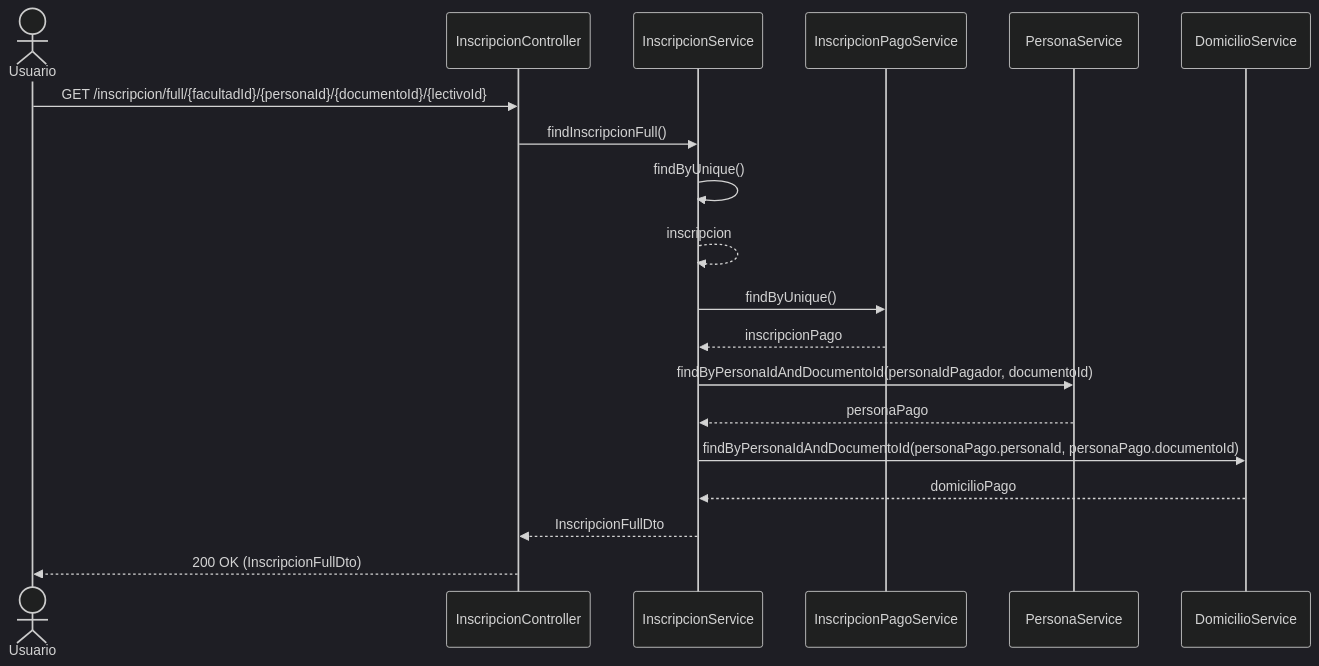
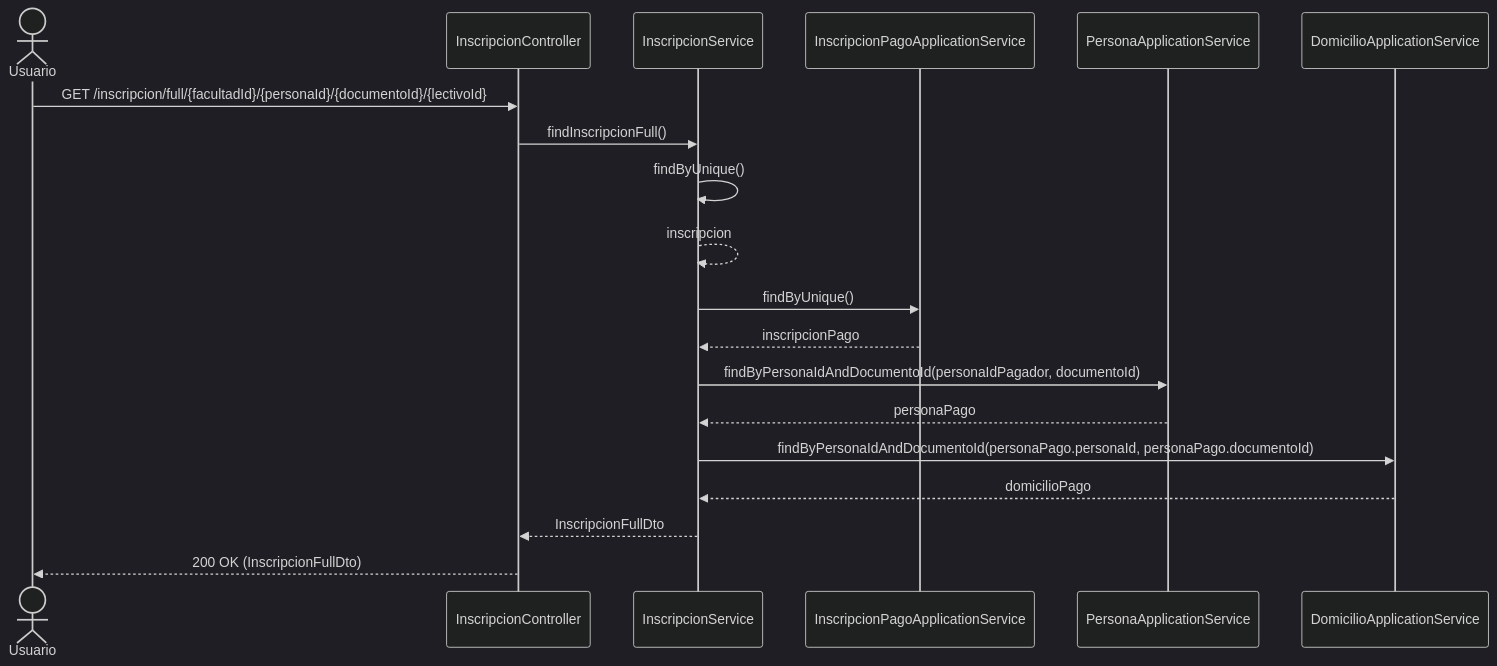
Before and after one commit to UM-services/UM.facultad.core-service: the diagram in docs/diagrams/flujo-inscripcion.mmd, drawn with Mermaid (dark theme). The commit also changed 1 other file, not shown here.

Commit message:
docs(diagrams): update Mermaid diagrams

```diff
--- a/docs/diagrams/flujo-inscripcion.mmd
+++ b/docs/diagrams/flujo-inscripcion.mmd
@@ -1,20 +1,20 @@
 sequenceDiagram
     actor U as Usuario
     participant C as InscripcionController
     participant UC as InscripcionService
-    participant IPS as InscripcionPagoService
-    participant PS as PersonaService
-    participant DS as DomicilioService
+    participant IPS as InscripcionPagoApplicationService
+    participant PS as PersonaApplicationService
+    participant DS as DomicilioApplicationService
 
     U->>C: GET /inscripcion/full/{facultadId}/{personaId}/{documentoId}/{lectivoId}
     C->>UC: findInscripcionFull()
     UC->>UC: findByUnique()
     UC-->>UC: inscripcion
     UC->>IPS: findByUnique()
     IPS-->>UC: inscripcionPago
     UC->>PS: findByPersonaIdAndDocumentoId(personaIdPagador, documentoId)
     PS-->>UC: personaPago
     UC->>DS: findByPersonaIdAndDocumentoId(personaPago.personaId, personaPago.documentoId)
     DS-->>UC: domicilioPago
     UC-->>C: InscripcionFullDto
     C-->>U: 200 OK (InscripcionFullDto)
```
